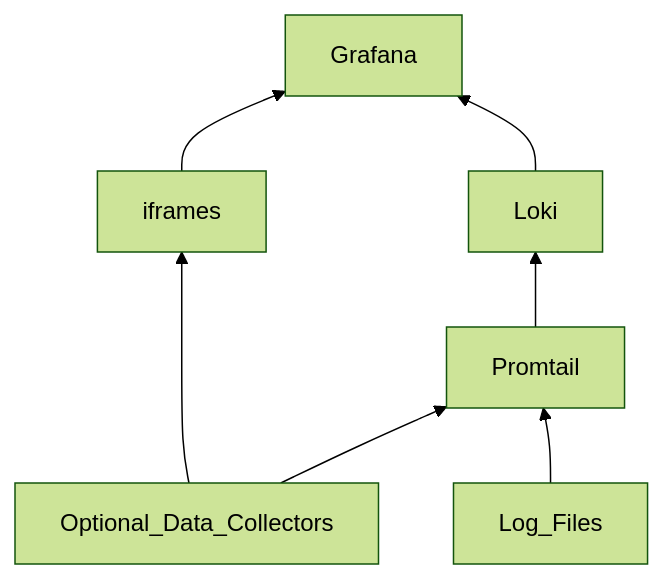
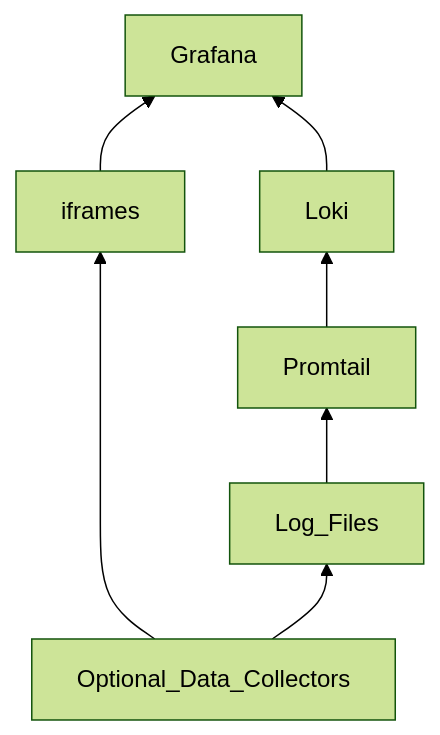
The first of 2 diagrams in README.md (brendankane04/grafana-for-embedded), drawn with Mermaid (forest theme) before and after one commit.

````diff
--- a/README.md
+++ b/README.md
@@ -18,9 +18,9 @@
 ```mermaid
 graph BT;
-      Optional_Data_Collectors-->Promtail;
+      Optional_Data_Collectors-->Log_Files;
       Log_Files-->Promtail;
       Promtail-->Loki;
       Optional_Data_Collectors-->iframes;
       iframes-->Grafana
       Loki-->Grafana;
 ```
````
